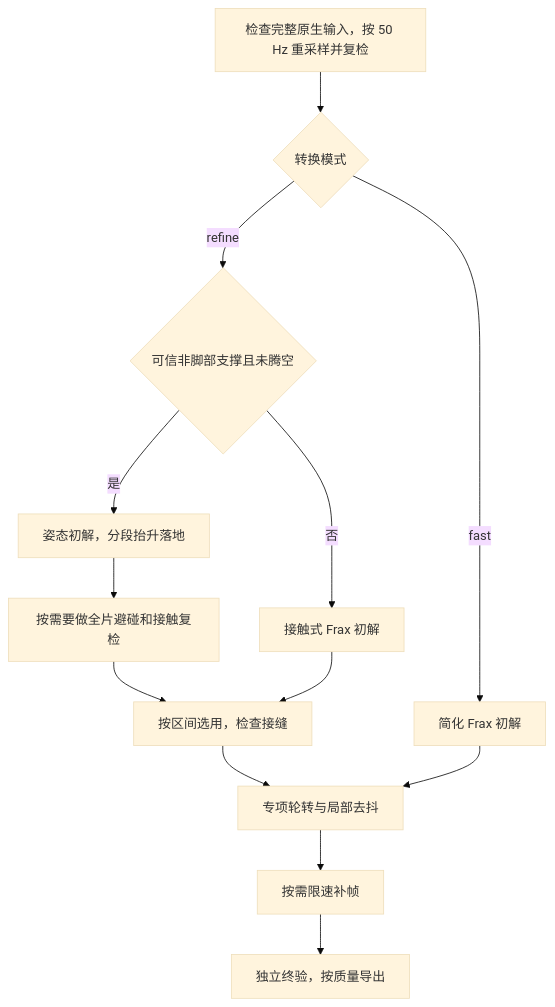
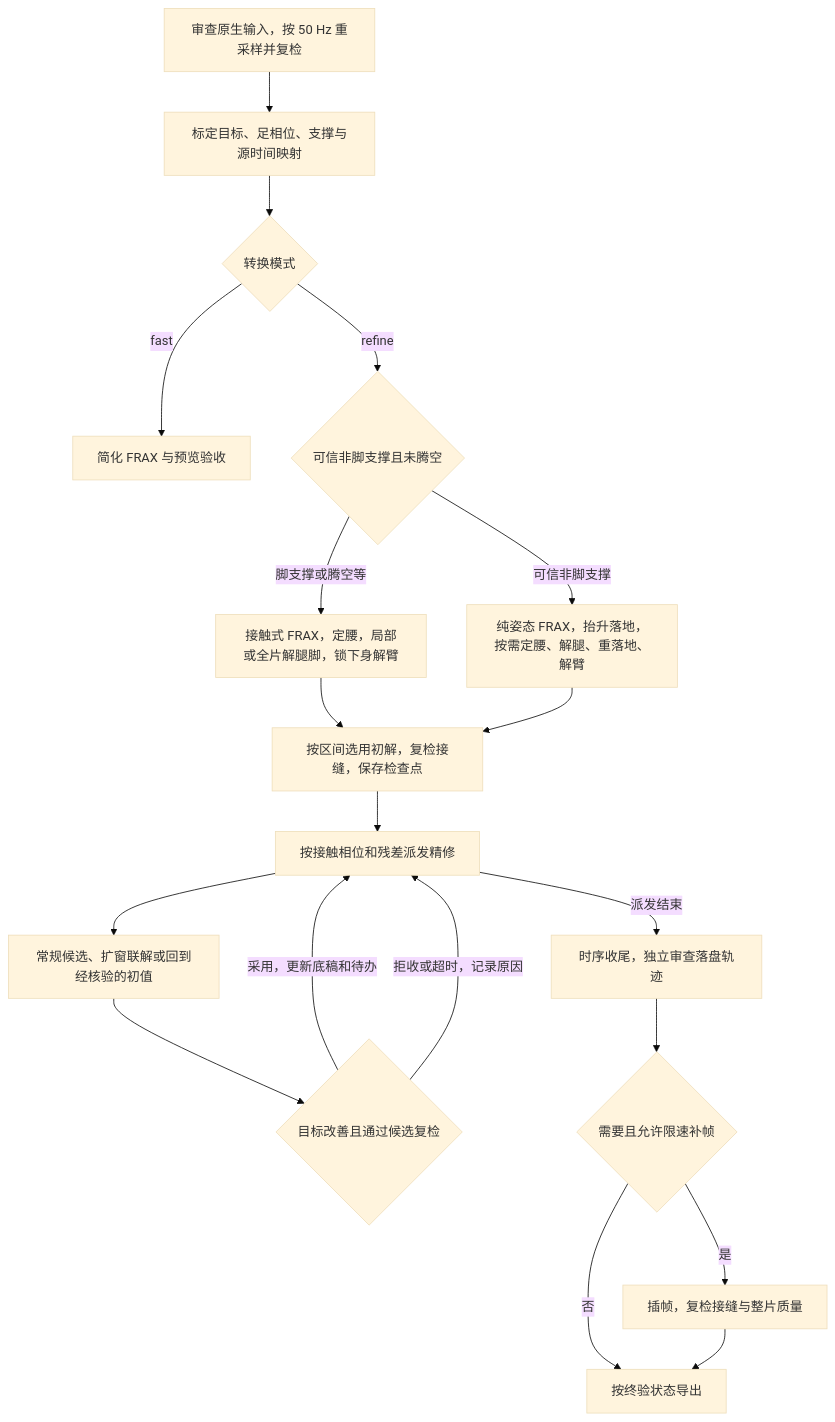
The first of 2 diagrams in docs/PIPELINE.md (luckylhf/Dex-RetargetPro), drawn with Mermaid (base theme) before and after one commit. The commit also changed other lines of this file and 34 other files, not shown here.

````diff
--- a/docs/PIPELINE.md
+++ b/docs/PIPELINE.md
@@ -5,15 +5,21 @@
 ```mermaid
 flowchart TD
-    A["检查完整原生输入，按 50 Hz 重采样并复检"] --> F{"转换模式"}
-    F -->|fast| S["简化 Frax 初解"]
-    F -->|refine| R{"可信非脚部支撑且未腾空"}
-    R -->|否| K["接触式 Frax 初解"]
-    R -->|是| L["姿态初解，分段抬升落地"]
-    L --> P["按需要做全片避碰和接触复检"]
-    P --> J["按区间选用，检查接缝"]
-    K --> J
-    J --> D["专项轮转与局部去抖"]
-    S --> D
-    D --> T["按需限速补帧"]
-    T --> E["独立终验，按质量导出"]
+    I["审查原生输入，按 50 Hz 重采样并复检"] --> P["标定目标、足相位、支撑与源时间映射"]
+    P --> M{"转换模式"}
+    M -->|fast| F["简化 FRAX 与预览验收"]
+    M -->|refine| R{"可信非脚支撑且未腾空"}
+    R -->|脚支撑或腾空等| K["接触式 FRAX，定腰，局部或全片解腿脚，锁下身解臂"]
+    R -->|可信非脚支撑| L["纯姿态 FRAX，抬升落地，按需定腰、解腿、重落地、解臂"]
+    K --> J["按区间选用初解，复检接缝，保存检查点"]
+    L --> J
+    J --> Q["按接触相位和残差派发精修"]
+    Q --> C["常规候选、扩窗联解或回到经核验的初值"]
+    C --> G{"目标改善且通过候选复检"}
+    G -->|采用，更新底稿和待办| Q
+    G -->|拒收或超时，记录原因| Q
+    Q -->|派发结束| T["时序收尾，独立审查落盘轨迹"]
+    T --> S{"需要且允许限速补帧"}
+    S -->|是| B["插帧，复检接缝与整片质量"]
+    S -->|否| E["按终验状态导出"]
+    B --> E
 ```
````
